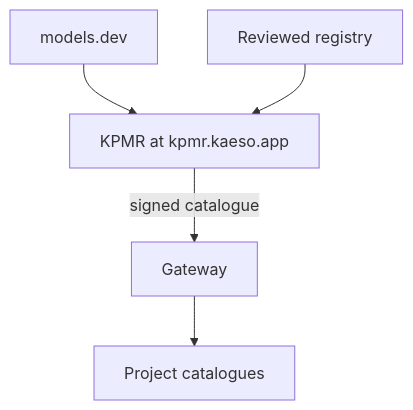
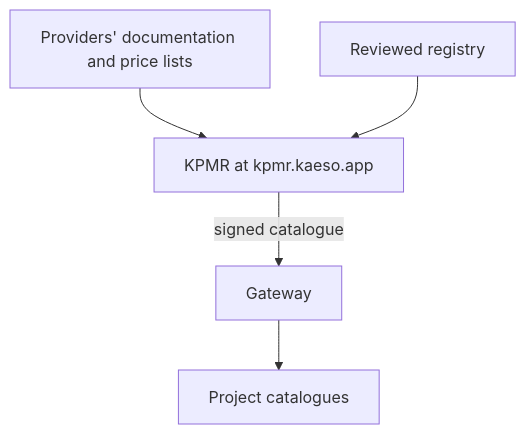
One commit to logicplanes/kaeso changed the first of 2 diagrams in apps/docs/content/en/concepts/kpmr.md. Above: the diagram before and after it, drawn with Mermaid. The commit also changed other lines of this file and 34 other files, not shown here.

````diff
--- a/apps/docs/content/en/concepts/kpmr.md
+++ b/apps/docs/content/en/concepts/kpmr.md
@@ -9,9 +9,9 @@
 ```mermaid
 flowchart TD
   accTitle: Where model data comes from
-  accDescr: KPMR builds its catalogue from models.dev and its reviewed registry. The gateway fetches the catalogue and uses it for every project's models.
-  modelsdev[models.dev]:::outside --> kpmr[KPMR at kpmr.kaeso.app]:::outside
+  accDescr: KPMR builds its catalogue from providers' documentation and price lists, reviewed in its registry. The gateway fetches the catalogue and uses it for every project's models.
+  sources[Providers' documentation and price lists]:::outside --> kpmr[KPMR at kpmr.kaeso.app]:::outside
   registry[Reviewed registry]:::outside --> kpmr
   kpmr -- signed catalogue --> gateway[Gateway]:::accent
   gateway --> catalogue[Project catalogues]
 ```
````
